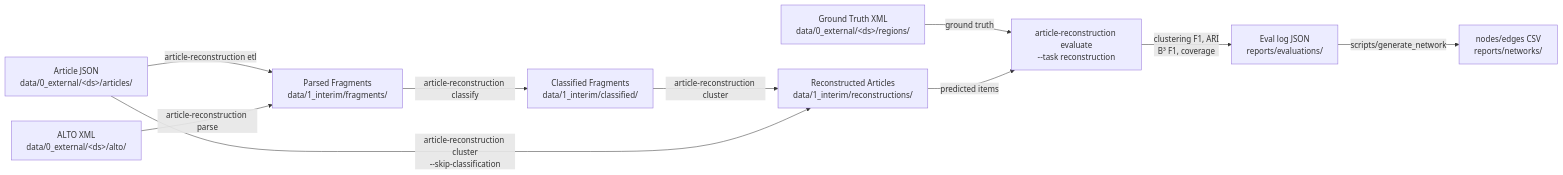
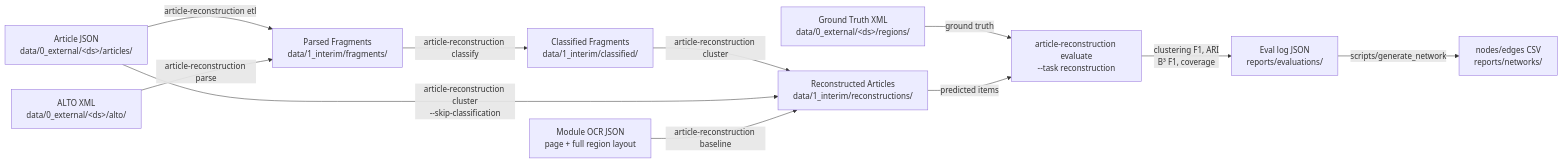
The diagram in README.md (jmiguelv/newspaper-reconstructor), drawn with Mermaid before and after one commit. The commit also changed other lines of this file and 5 other files, not shown here.

````diff
--- a/README.md
+++ b/README.md
@@ -9,12 +9,13 @@
 ```mermaid
 flowchart LR
     ARTJSON["Article JSON\ndata/0_external/&lt;ds&gt;/articles/"] -->|article-reconstruction etl| PARSED
     ALTO["ALTO XML\ndata/0_external/&lt;ds&gt;/alto/"] -->|article-reconstruction parse| PARSED["Parsed Fragments\ndata/1_interim/fragments/"]
     PARSED -->|article-reconstruction classify| CLASSIFIED["Classified Fragments\ndata/1_interim/classified/"]
     CLASSIFIED -->|article-reconstruction cluster| RECON["Reconstructed Articles\ndata/1_interim/reconstructions/"]
     ARTJSON -->|article-reconstruction cluster\n--skip-classification| RECON
+    MODULEJSON["Module OCR JSON\npage + full region layout"] -->|article-reconstruction baseline| RECON
     GT["Ground Truth XML\ndata/0_external/&lt;ds&gt;/regions/"] -->|ground truth| EVAL["article-reconstruction evaluate\n--task reconstruction"]
     RECON -->|predicted items| EVAL
     EVAL -->|clustering F1, ARI\nB³ F1, coverage| LOG["Eval log JSON\nreports/evaluations/"]
     LOG -->|scripts/generate_network| NET["nodes/edges CSV\nreports/networks/"]
 ```
````
